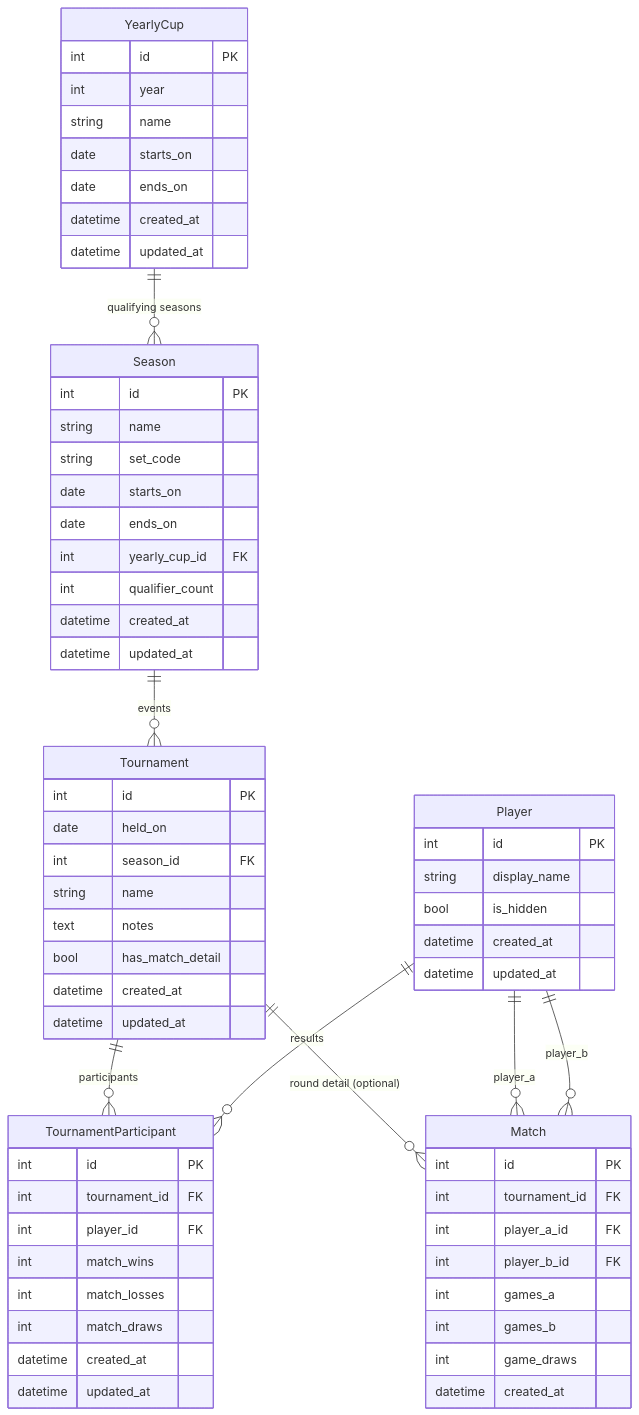
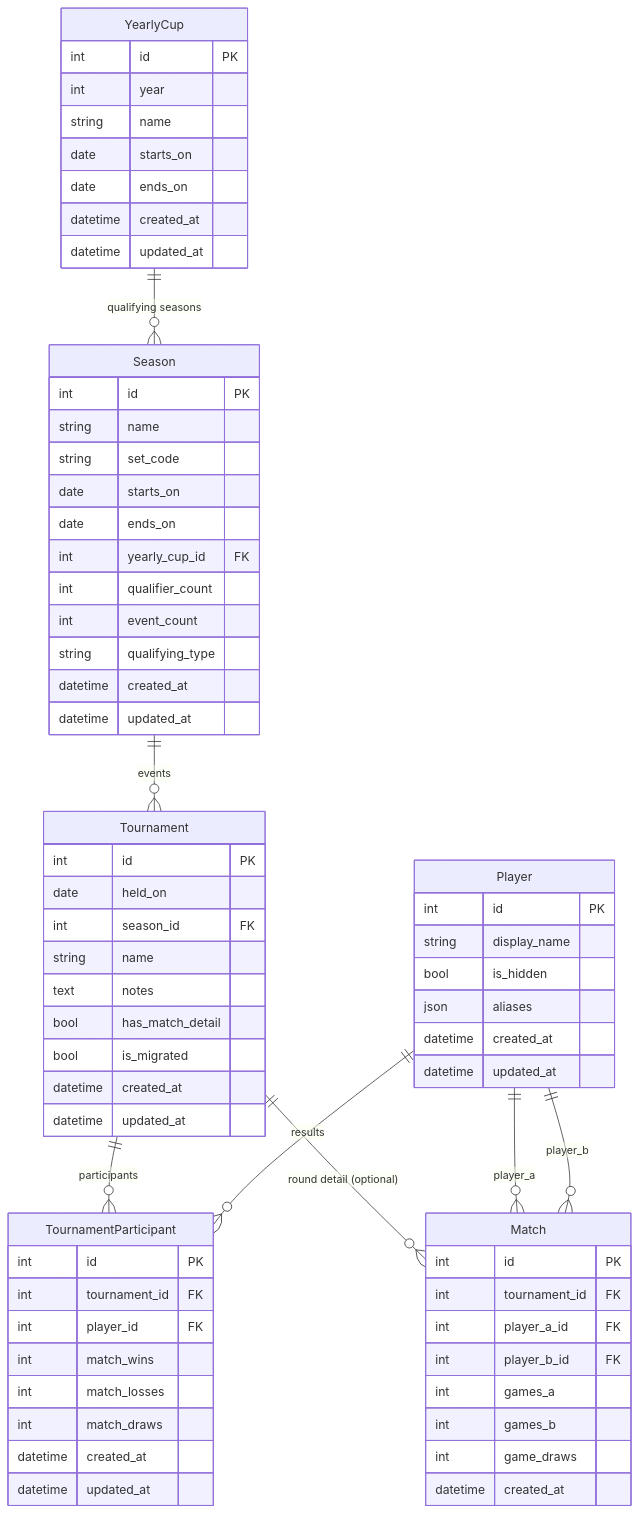
The diagram in docs/SCHEMA.md (WhyBeU/mm-ladder), drawn with Mermaid before and after one commit. The commit also changed other lines of this file and 20 other files, not shown here.

````diff
--- a/docs/SCHEMA.md
+++ b/docs/SCHEMA.md
@@ -27,73 +27,77 @@
 ```mermaid
 erDiagram
     Player {
         int id PK
         string display_name
         bool is_hidden
+        json aliases
         datetime created_at
         datetime updated_at
     }
 
     YearlyCup {
         int id PK
         int year
         string name
         date starts_on
         date ends_on
         datetime created_at
         datetime updated_at
     }
 
     Season {
         int id PK
         string name
         string set_code
         date starts_on
         date ends_on
         int yearly_cup_id FK
         int qualifier_count
+        int event_count
+        string qualifying_type
         datetime created_at
         datetime updated_at
     }
 
     Tournament {
         int id PK
         date held_on
         int season_id FK
         string name
         text notes
         bool has_match_detail
+        bool is_migrated
         datetime created_at
         datetime updated_at
     }
 
     TournamentParticipant {
         int id PK
         int tournament_id FK
         int player_id FK
         int match_wins
         int match_losses
         int match_draws
         datetime created_at
         datetime updated_at
     }
 
     Match {
         int id PK
         int tournament_id FK
         int player_a_id FK
         int player_b_id FK
         int games_a
         int games_b
         int game_draws
         datetime created_at
     }
 
     YearlyCup ||--o{ Season : "qualifying seasons"
     Season ||--o{ Tournament : "events"
     Tournament ||--o{ TournamentParticipant : "participants"
     Tournament ||--o{ Match : "round detail (optional)"
     Player ||--o{ TournamentParticipant : "results"
     Player ||--o{ Match : "player_a"
     Player ||--o{ Match : "player_b"
 ```
````
